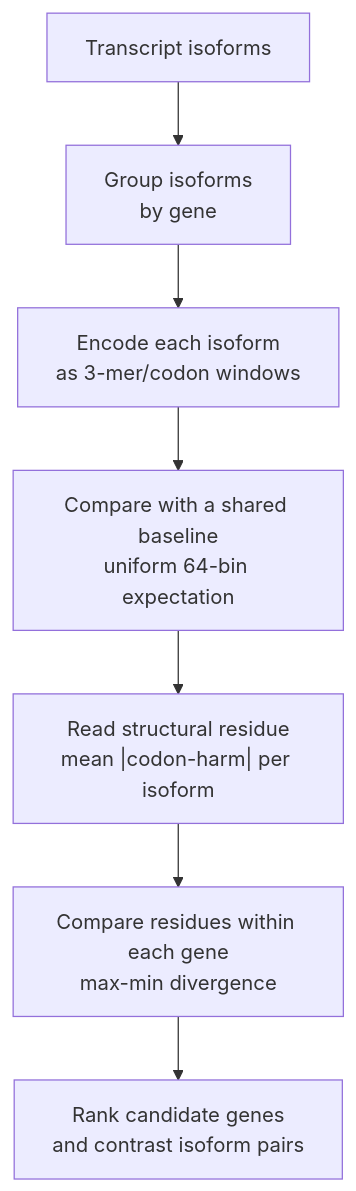
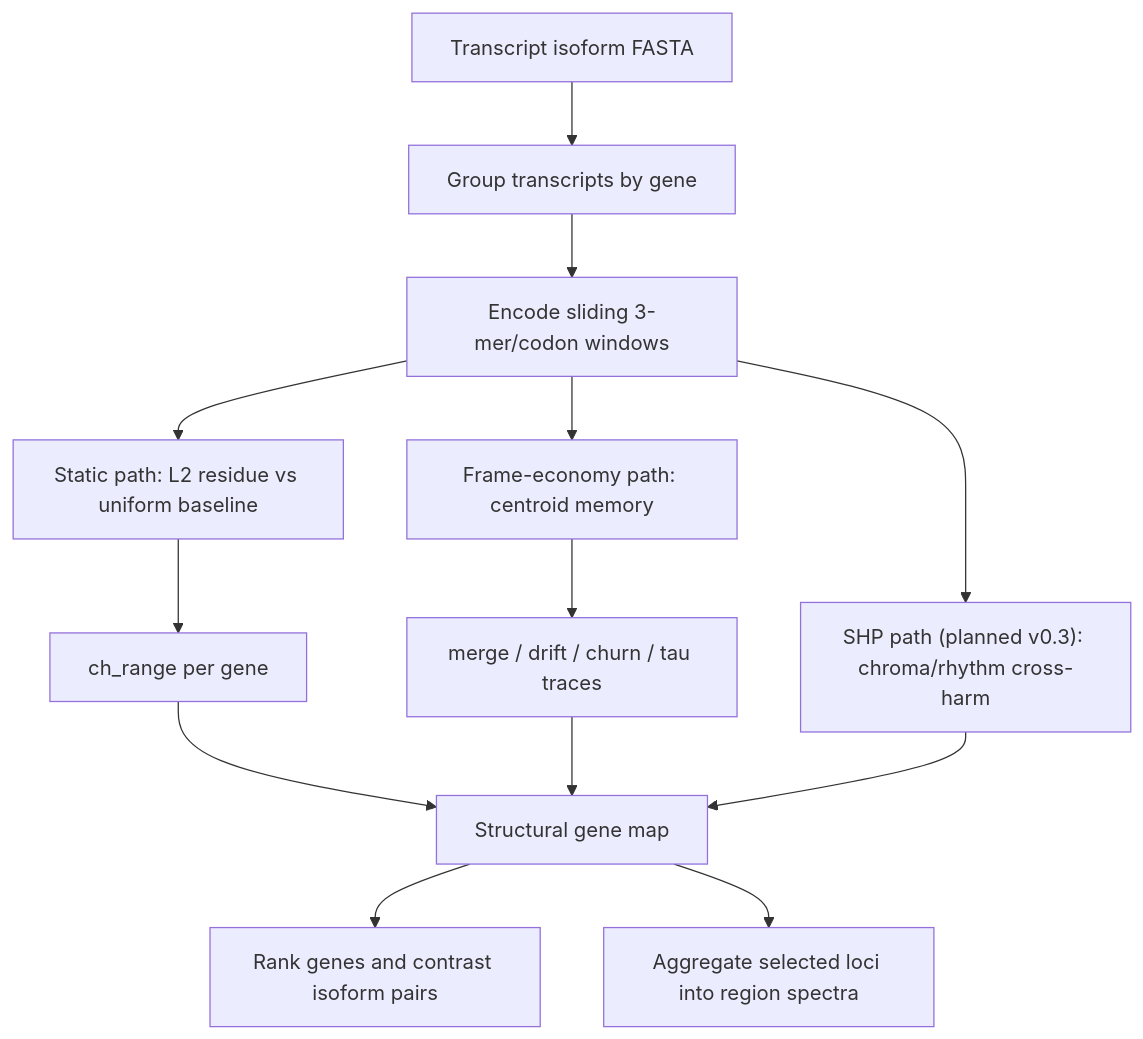
One commit to JackeyLGene/NoHarm changed the diagram in docs/WORKFLOW.md. Above: the diagram before and after it, drawn with Mermaid. The commit also changed other lines of this file and 14 other files, not shown here.

````diff
--- a/docs/WORKFLOW.md
+++ b/docs/WORKFLOW.md
@@ -14,9 +19,15 @@
 ```mermaid
 flowchart TD
-    A["Transcript isoforms"] --> B["Group isoforms<br/>by gene"]
-    B --> C["Encode each isoform<br/>as 3-mer/codon windows"]
-    C --> D["Compare with a shared baseline<br/>uniform 64-bin expectation"]
-    D --> E["Read structural residue<br/>mean |codon-harm| per isoform"]
-    E --> F["Compare residues within each gene<br/>max-min divergence"]
-    F --> G["Rank candidate genes<br/>and contrast isoform pairs"]
+    A["Transcript isoform FASTA"] --> B["Group transcripts by gene"]
+    B --> C["Encode sliding 3-mer/codon windows"]
+    C --> D["Static path: L2 residue vs uniform baseline"]
+    C --> E["Frame-economy path: centroid memory"]
+    C --> K["SHP path (planned v0.3): chroma/rhythm cross-harm"]
+    D --> F["ch_range per gene"]
+    E --> G["merge / drift / churn / tau traces"]
+    F --> H["Structural gene map"]
+    G --> H
+    K --> H
+    H --> I["Rank genes and contrast isoform pairs"]
+    H --> J["Aggregate selected loci into region spectra"]
 ```
````
